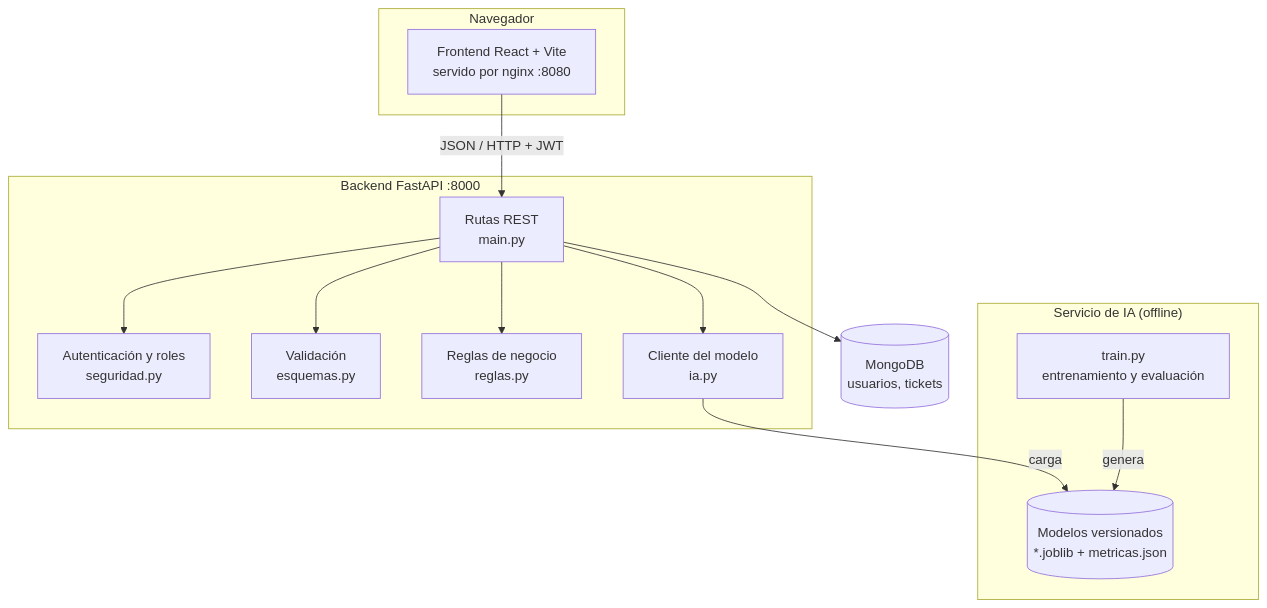
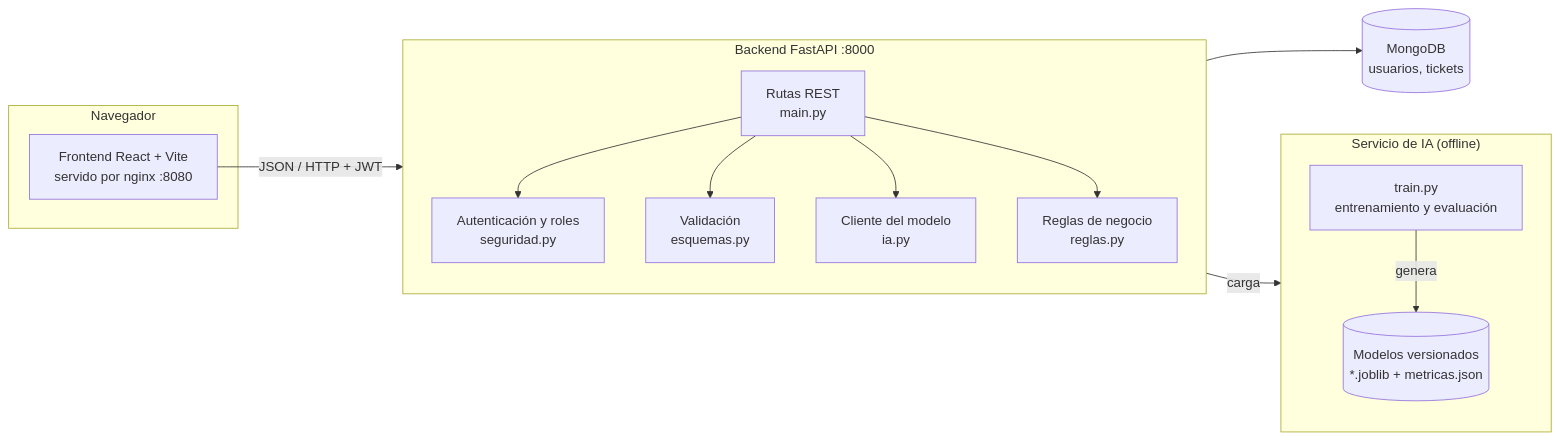
The second of 6 diagrams in docs/02_arquitectura.md (angelfvargas/clasificador-incidencias-ia), drawn with Mermaid before and after one commit. The commit also changed 10 other files, not shown here.

Commit message:
Informe final en PDF, capturas y correcciones de diagramas

````diff
--- a/docs/02_arquitectura.md
+++ b/docs/02_arquitectura.md
@@ -17,27 +17,29 @@
 ```mermaid
-flowchart TB
+flowchart LR
     subgraph Navegador
         FE[Frontend React + Vite<br/>servido por nginx :8080]
     end
     subgraph API["Backend FastAPI :8000"]
+        direction TB
         R[Rutas REST<br/>main.py]
         SEG[Autenticación y roles<br/>seguridad.py]
         ESQ[Validación<br/>esquemas.py]
         REG[Reglas de negocio<br/>reglas.py]
         IA[Cliente del modelo<br/>ia.py]
     end
     subgraph Servicio_IA["Servicio de IA (offline)"]
+        direction TB
         TR[train.py<br/>entrenamiento y evaluación]
         MOD[(Modelos versionados<br/>*.joblib + metricas.json)]
     end
     DB[(MongoDB<br/>usuarios, tickets)]
 
     FE -- JSON / HTTP + JWT --> R
     R --> SEG
     R --> ESQ
     R --> IA
     R --> REG
     R --> DB
     IA -- carga --> MOD
     TR -- genera --> MOD
 ```
````
